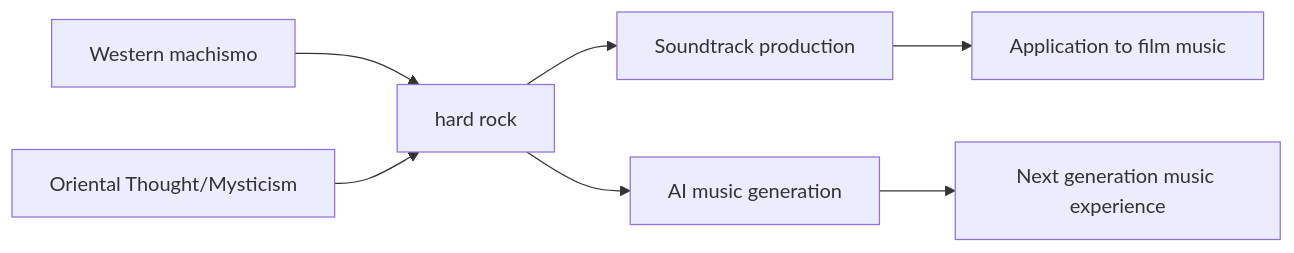
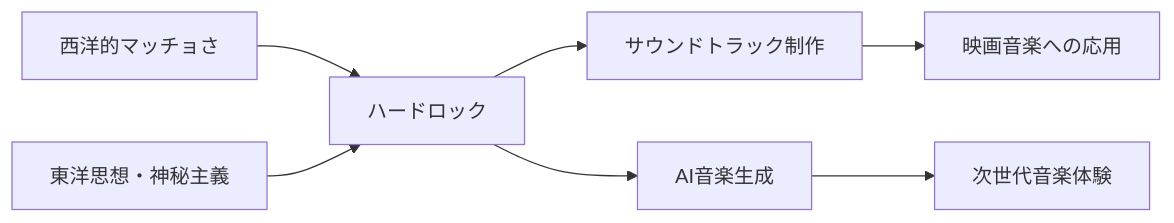
The diagram in en/_posts/2025-09-20-Column-Hardrock-Mysticism.md (monumental-movement/monumental-movement.github.io), drawn with Mermaid before and after one commit. The commit also changed other lines of this file and 2196 other files, not shown here.

```diff
--- a/en/_posts/2025-09-20-Column-Hardrock-Mysticism.md
+++ b/en/_posts/2025-09-20-Column-Hardrock-Mysticism.md
@@ -57,11 +57,11 @@
 <div class="mermaid">
 
 flowchart LR
-  A["Western machismo"] --> C["hard rock"]
-  B["Oriental Thought/Mysticism"] --> C
-  C --> D["Soundtrack production"]
-  C --> E["AI music generation"]
-  D --> F["Application to film music"]
-  E --> G["Next generation music experience"]
+  A["西洋的マッチョさ"] --> C["ハードロック"]
+  B["東洋思想・神秘主義"] --> C
+  C --> D["サウンドトラック制作"]
+  C --> E["AI音楽生成"]
+  D --> F["映画音楽への応用"]
+  E --> G["次世代音楽体験"]
 
 </div>
```
